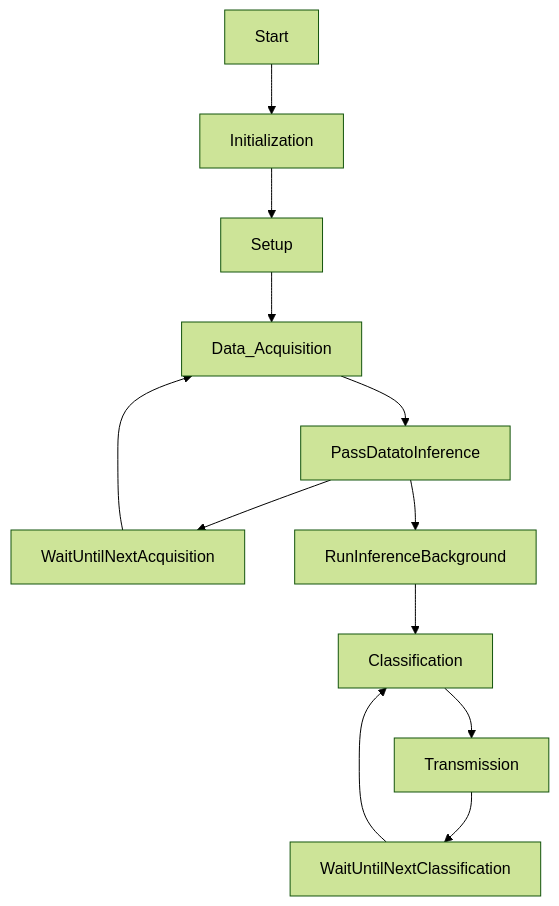
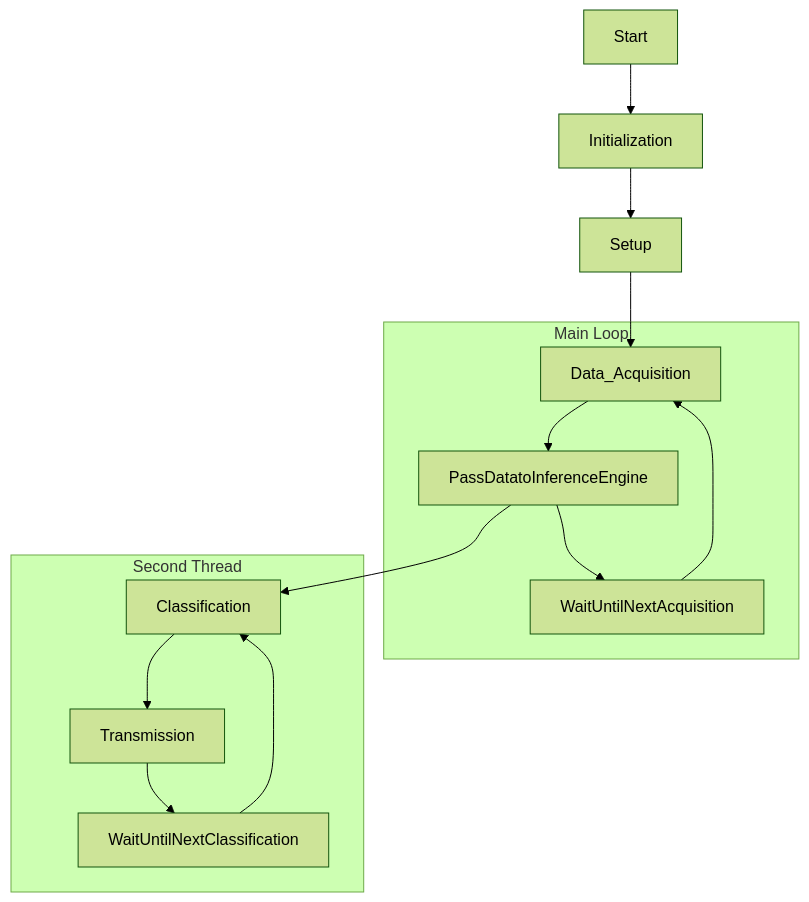
One commit to andresoliva/NanoBle33Sense_LowPower changed the diagram in README.md. Above: the diagram before and after it, drawn with Mermaid (forest theme).

````diff
--- a/README.md
+++ b/README.md
@@ -49,14 +49,17 @@
 ```mermaid
-flowchart TD
+graph TD;
     Start --> Initialization
     Initialization --> Setup
     Setup --> Data_Acquisition
-    Data_Acquisition --> PassDatatoInference
-    PassDatatoInference --> WaitUntilNextAcquisition
-    PassDatatoInference --> RunInferenceBackground
+  subgraph Main Loop
+    Data_Acquisition --> PassDatatoInferenceEngine
+    PassDatatoInferenceEngine --> WaitUntilNextAcquisition
     WaitUntilNextAcquisition --> Data_Acquisition
-    RunInferenceBackground -->Classification
+    end
+  PassDatatoInferenceEngine --> Classification
+  subgraph Second Thread
     Classification --> Transmission
     Transmission --> WaitUntilNextClassification
     WaitUntilNextClassification --> Classification
+  end
 ```
````
